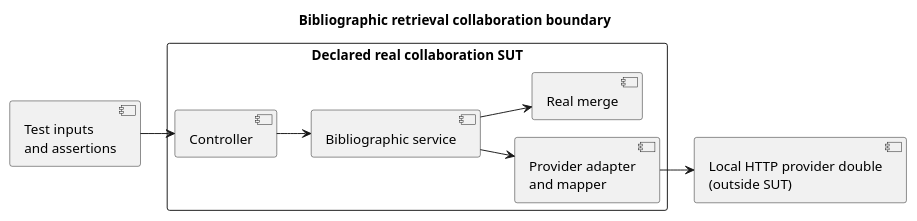
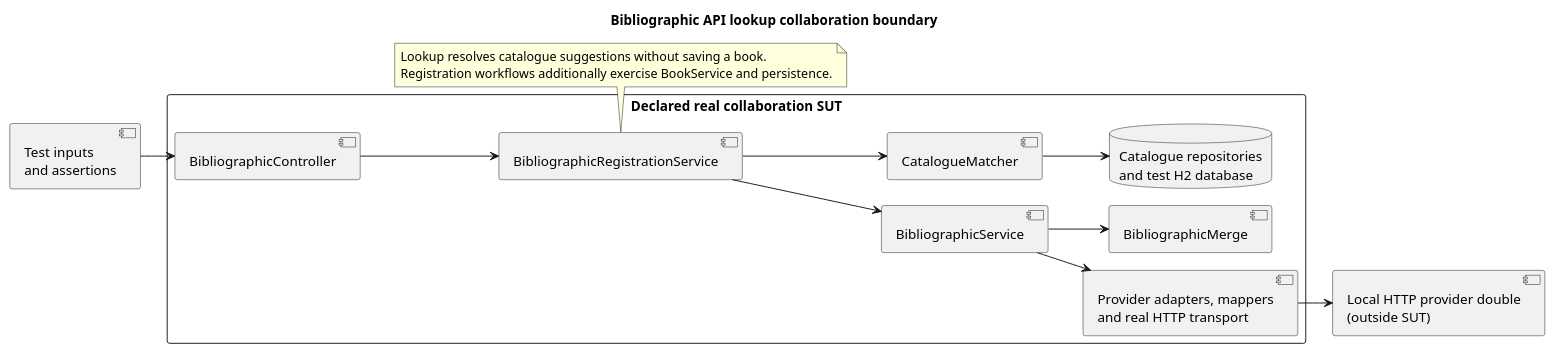
The diagram in Docs/DocsMasterDegree/system-to-be/Images/BibliographicCollaborationBoundary.puml (Max1124/ARQSOFT_ODSOFT_G6), drawn with PlantUML before and after one commit. The commit also changed 15 other files, not shown here.

Commit message:
docs: update bibliographic architecture diagrams and test health metrics

```diff
--- a/Docs/DocsMasterDegree/system-to-be/Images/BibliographicCollaborationBoundary.puml
+++ b/Docs/DocsMasterDegree/system-to-be/Images/BibliographicCollaborationBoundary.puml
@@ -1,20 +1,27 @@
 @startuml
 !pragma layout smetana
 left to right direction
 skinparam shadowing false
 skinparam backgroundColor white
-title Bibliographic retrieval collaboration boundary
+title Bibliographic API lookup collaboration boundary
 component "Test inputs\nand assertions" as Test
 rectangle "Declared real collaboration SUT" {
- component Controller
- component "Bibliographic service" as Service
- component "Provider adapter\nand mapper" as Adapter
- component "Real merge" as Merge
- Controller --> Service
+ component BibliographicController as Controller
+ component BibliographicRegistrationService as Registration
+ component BibliographicService as Service
+ component "Provider adapters, mappers\nand real HTTP transport" as Adapter
+ component BibliographicMerge as Merge
+ component CatalogueMatcher as Catalogue
+ database "Catalogue repositories\nand test H2 database" as Repositories
+ Controller --> Registration
+ Registration --> Service
+ Registration --> Catalogue
+ Catalogue --> Repositories
  Service --> Adapter
  Service --> Merge
 }
 component "Local HTTP provider double\n(outside SUT)" as HTTP
 Test --> Controller
 Adapter --> HTTP
+note bottom of Registration : Lookup resolves catalogue suggestions without saving a book.\nRegistration workflows additionally exercise BookService and persistence.
 @enduml
```
